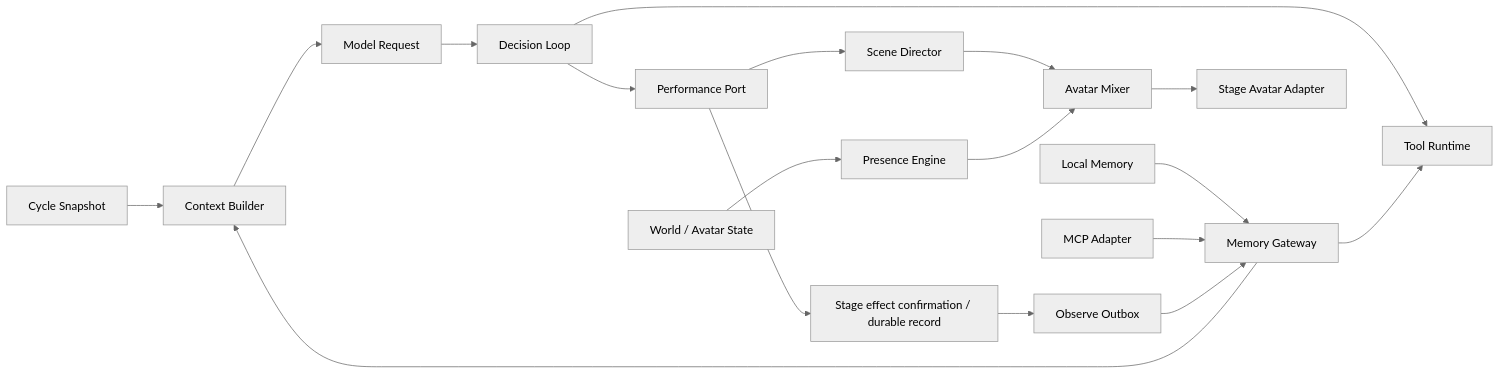
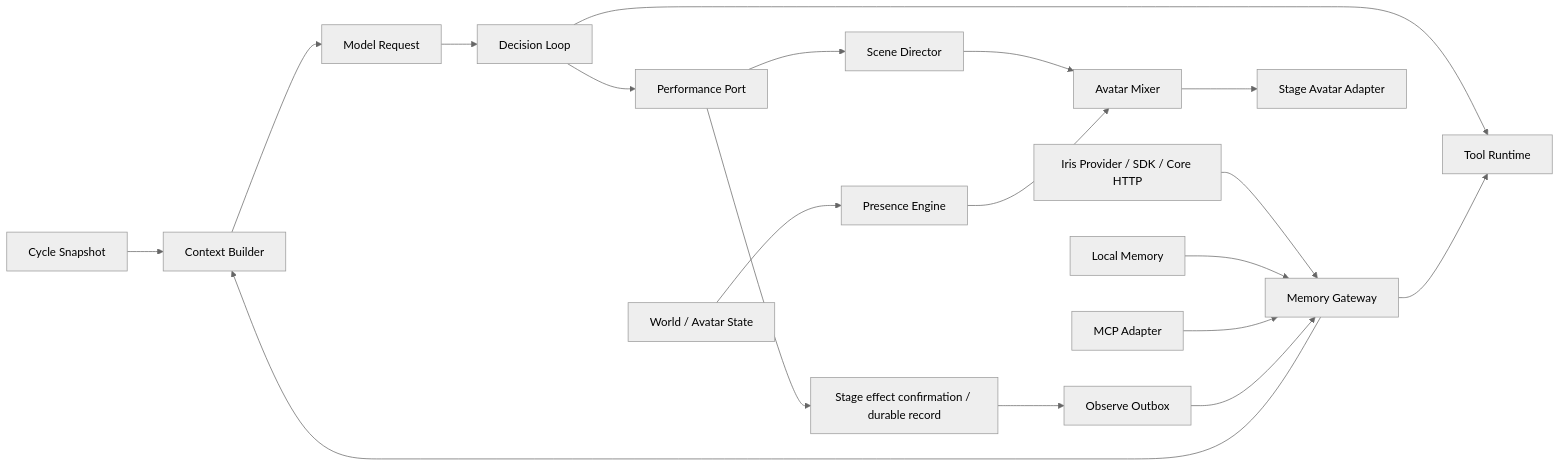
Before and after one commit to leafliber/bellis: the first of 2 diagrams in docs/phase-4-development-guide.md, drawn with Mermaid (neutral theme). The commit also changed other lines of this file and 84 other files, not shown here.

First line of the commit message:
refactor(core): 落实 ADR 0007 任务所有权与能力收敛，规划 Phase 4 Iris 接入

````diff
--- a/docs/phase-4-development-guide.md
+++ b/docs/phase-4-development-guide.md
@@ -142,20 +172,21 @@
 ```mermaid
 flowchart LR
     SNAP["Cycle Snapshot"] --> CTX["Context Builder"]
     MEM["Memory Gateway"] --> CTX
+    IRIS["Iris Provider / SDK / Core HTTP"] --> MEM
     LOCAL["Local Memory"] --> MEM
     MCP["MCP Adapter"] --> MEM
     CTX --> REQ["Model Request"]
     REQ --> LOOP["Decision Loop"]
     LOOP --> TOOL["Tool Runtime"]
     MEM --> TOOL
     LOOP --> PERF["Performance Port"]
     PERF --> DIR["Scene Director"]
     DIR --> MIX["Avatar Mixer"]
     WORLD["World / Avatar State"] --> PRES["Presence Engine"]
     PRES --> MIX
     MIX --> STAGE["Stage Avatar Adapter"]
     PERF --> EFFECT["Stage effect confirmation / durable record"]
     EFFECT --> OUT["Observe Outbox"]
     OUT --> MEM
 ```
````
